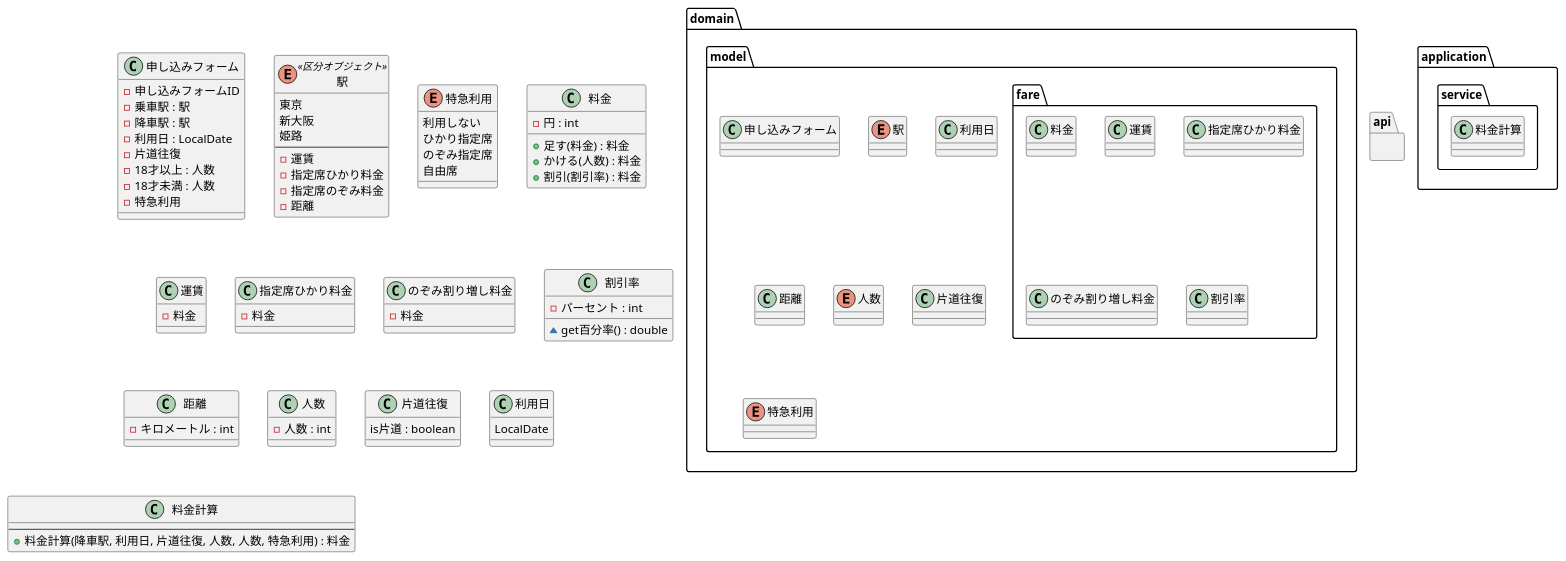
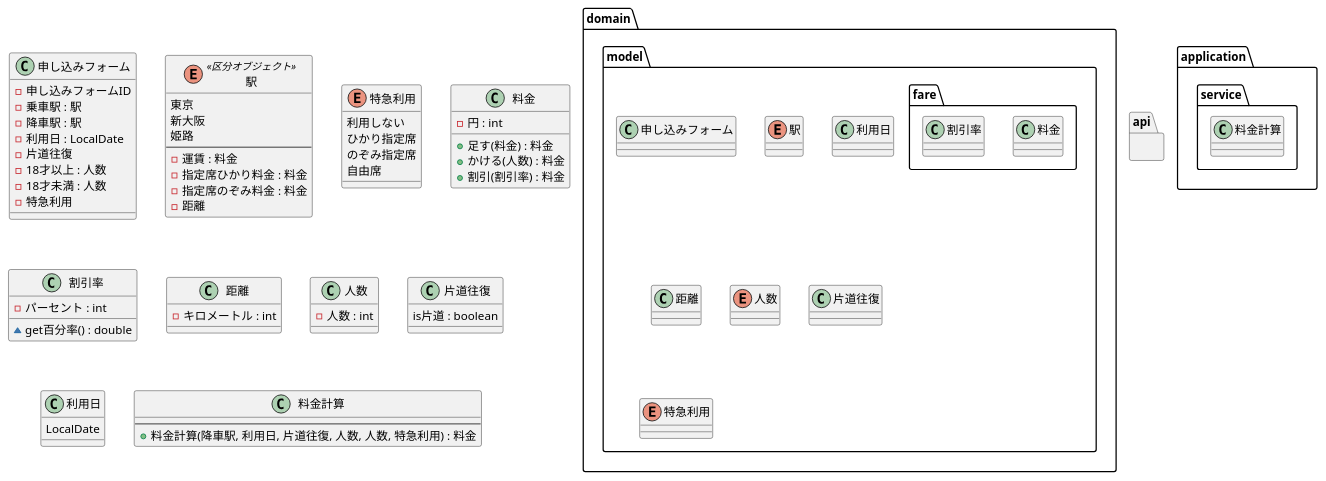
Before and after one commit to MiuraKotaro/jr-pricing: the diagram in uml/class.puml, drawn with PlantUML. The commit also changed 7 other files, not shown here.

```diff
--- a/uml/class.puml
+++ b/uml/class.puml
@@ -1,103 +1,88 @@
 @startuml
 
 package domain {
     package model {
 
         class 申し込みフォーム
         enum 駅
         package fare {
             class 料金
-            class 運賃
-            class 指定席ひかり料金
-            class のぞみ割り増し料金
             class 割引率
         }
         class 利用日
         class 距離
         enum 人数
         class 片道往復
         enum 特急利用
     }
 
 }
 
 package application {
     package service {
         class 料金計算
     }
 }
 
 package api {
 }
 
 class 申し込みフォーム {
     - 申し込みフォームID
     - 乗車駅 : 駅
     - 降車駅 : 駅
     - 利用日 : LocalDate
     - 片道往復
     - 18才以上 : 人数
     - 18才未満 : 人数
     - 特急利用
 
 
 }
 enum 駅 <<区分オブジェクト>> {
     東京
     新大阪
     姫路
     --
-    - 運賃
-    - 指定席ひかり料金
-    - 指定席のぞみ料金
+    - 運賃 : 料金
+    - 指定席ひかり料金 : 料金
+    - 指定席のぞみ料金 : 料金
     - 距離
 }
 enum 特急利用 {
     利用しない
     ひかり指定席
     のぞみ指定席
     自由席
 }
 class 料金 {
     - 円 : int
 
     + 足す(料金) : 料金
     + かける(人数) : 料金
     + 割引(割引率) : 料金
-}
-class 運賃 {
-    - 料金
-
-}
-class 指定席ひかり料金 {
-    - 料金
-
-}
-class のぞみ割り増し料金 {
-    - 料金
-
 }
 class 割引率 {
     - パーセント : int
 
     ~ get百分率() : double
 }
 class 距離 {
     - キロメートル : int
 }
 class 人数 {
     - 人数 : int
 }
 class 片道往復 {
     is片道 : boolean
 }
 class 利用日 {
     LocalDate
 }
 
 class 料金計算 {
     --
     + 料金計算(降車駅, 利用日, 片道往復, 人数, 人数, 特急利用) : 料金
 }
 
 @enduml
```
